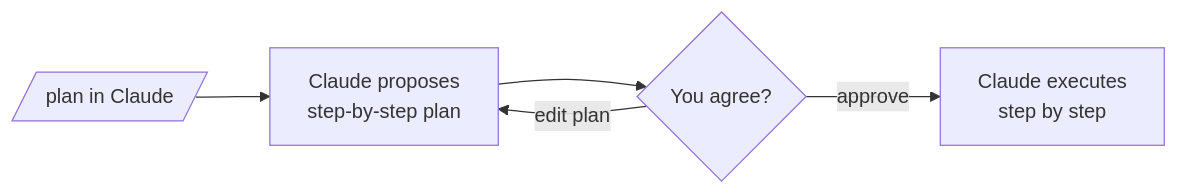
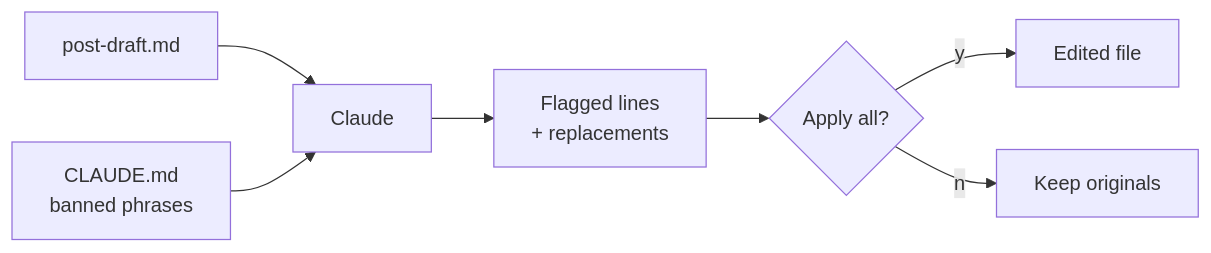
One commit to velesnitski/claude-code-quickstart changed the third of 3 diagrams in docs/04-examples.md. Above: the diagram before and after it, drawn with Mermaid. The commit also changed other lines of this file and 2 other files, not shown here.

First line of the commit message:
docs+ci: marketing examples + sexy PDF (Eisvogel + mermaid)

````diff
--- a/docs/04-examples.md
+++ b/docs/04-examples.md
@@ -125,7 +112,9 @@
 ```mermaid
 flowchart LR
-    A[/plan in Claude/] --> B[Claude proposes<br/>step-by-step plan]
-    B --> C{You agree?}
-    C -->|edit plan| B
-    C -->|approve| D[Claude executes<br/>step by step]
+    A[post-draft.md] --> Claude
+    B[CLAUDE.md<br/>banned phrases] --> Claude
+    Claude --> C[Flagged lines<br/>+ replacements]
+    C --> D{Apply all?}
+    D -->|y| E[Edited file]
+    D -->|n| F[Keep originals]
 ```
````
